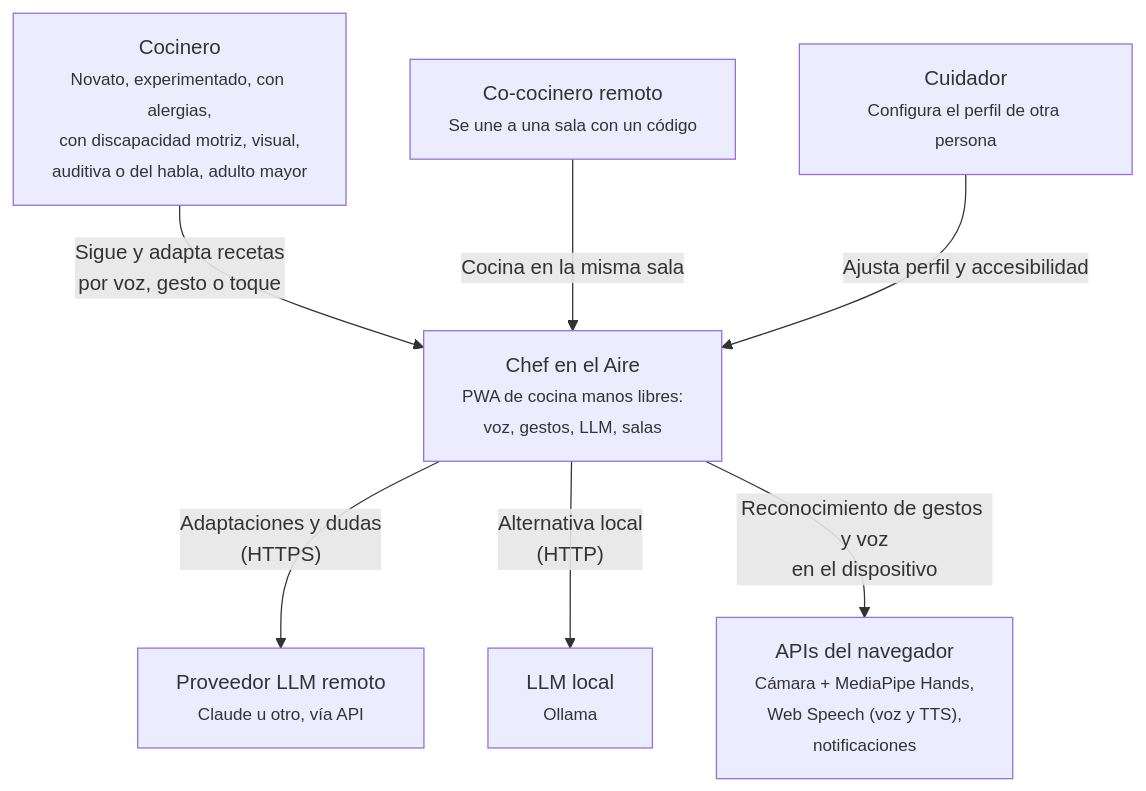
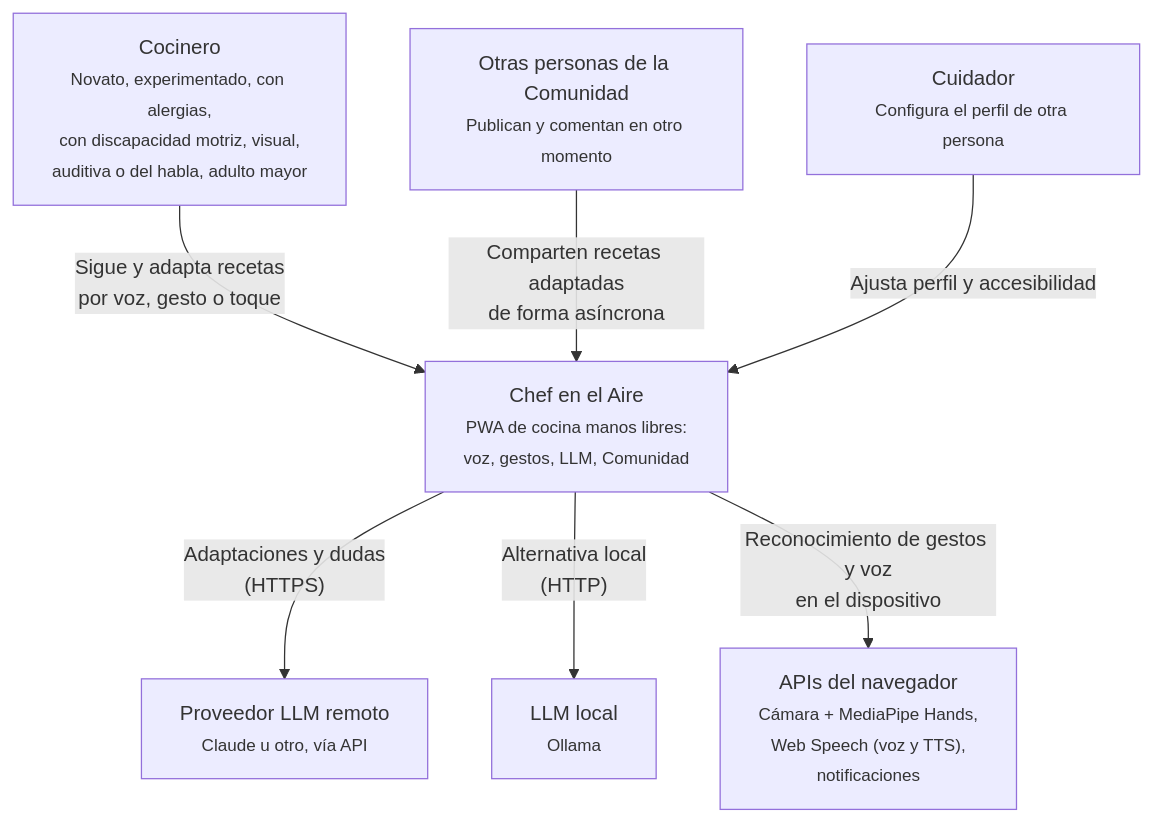
Before and after one commit to Akira-13/chef-en-el-aire: the first of 5 diagrams in docs/arquitectura/README.md, drawn with Mermaid. The commit also changed other lines of this file, not shown here.

Commit message:
docs: arquitectura con la Comunidad asíncrona en lugar de las salas

````diff
--- a/docs/arquitectura/README.md
+++ b/docs/arquitectura/README.md
@@ -13,19 +13,19 @@
 ```mermaid
 flowchart TB
     cocinero["Cocinero<br/><small>Novato, experimentado, con alergias,<br/>con discapacidad motriz, visual,<br/>auditiva o del habla, adulto mayor</small>"]
-    remoto["Co-cocinero remoto<br/><small>Se une a una sala con un código</small>"]
+    otros["Otras personas de la Comunidad<br/><small>Publican y comentan en otro momento</small>"]
     cuidador["Cuidador<br/><small>Configura el perfil de otra persona</small>"]
 
-    sistema["Chef en el Aire<br/><small>PWA de cocina manos libres:<br/>voz, gestos, LLM, salas</small>"]
+    sistema["Chef en el Aire<br/><small>PWA de cocina manos libres:<br/>voz, gestos, LLM, Comunidad</small>"]
 
     llmRemoto["Proveedor LLM remoto<br/><small>Claude u otro, vía API</small>"]
     llmLocal["LLM local<br/><small>Ollama</small>"]
     navegador["APIs del navegador<br/><small>Cámara + MediaPipe Hands,<br/>Web Speech (voz y TTS),<br/>notificaciones</small>"]
 
     cocinero -- "Sigue y adapta recetas<br/>por voz, gesto o toque" --> sistema
-    remoto -- "Cocina en la misma sala" --> sistema
+    otros -- "Comparten recetas adaptadas<br/>de forma asíncrona" --> sistema
     cuidador -- "Ajusta perfil y accesibilidad" --> sistema
     sistema -- "Adaptaciones y dudas<br/>(HTTPS)" --> llmRemoto
     sistema -- "Alternativa local<br/>(HTTP)" --> llmLocal
     sistema -- "Reconocimiento de gestos y voz<br/>en el dispositivo" --> navegador
 ```
````
